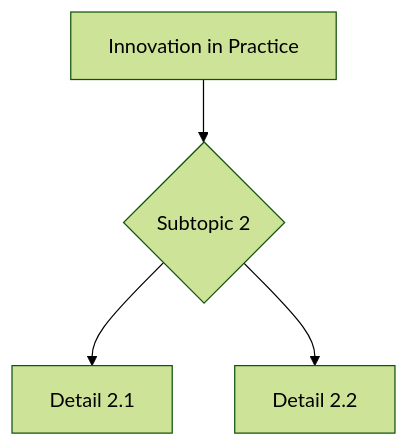
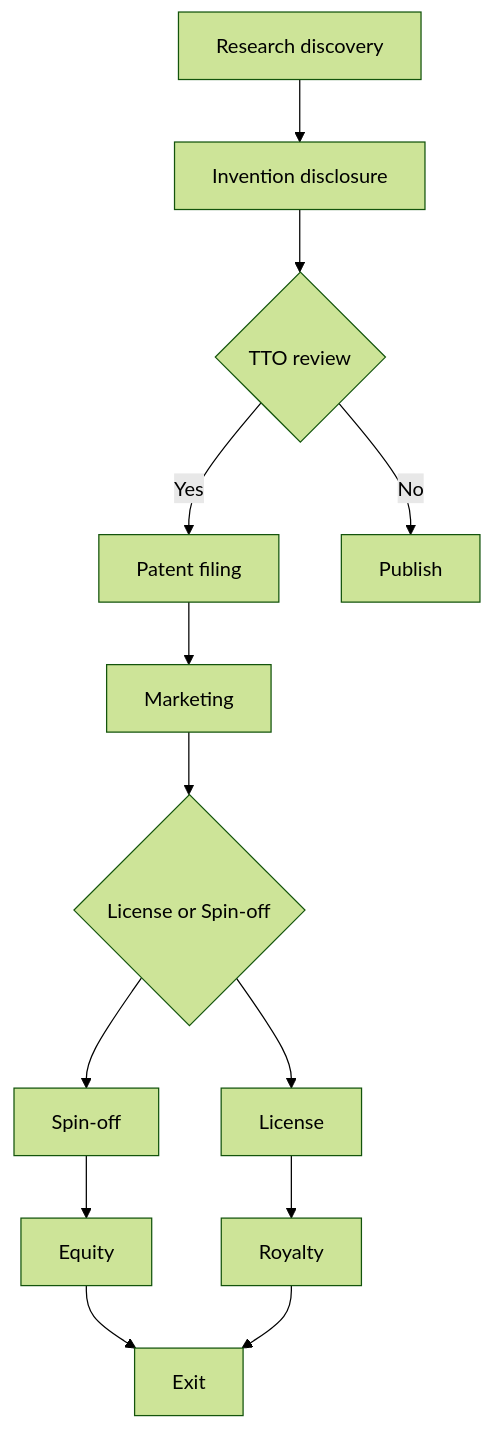
Before and after one commit to yip-lgtm/PhysicsSelfStudy: the seventh of 10 diagrams in 02_MSc_DataDriven_Modeling/core_courses/MSDM_5005/README.md, drawn with Mermaid (forest theme). The commit also changed other lines of this file and 21 other files, not shown here.

````diff
--- a/02_MSc_DataDriven_Modeling/core_courses/MSDM_5005/README.md
+++ b/02_MSc_DataDriven_Modeling/core_courses/MSDM_5005/README.md
@@ -267,6 +602,15 @@
 ```mermaid
 graph TD
-    A[Innovation in Practice] --> B{Subtopic 2}
-    B --> C[Detail 2.1]
-    B --> D[Detail 2.2]
+    A[Research discovery] --> B[Invention disclosure]
+    B --> C{TTO review}
+    C -->|Yes| D[Patent filing]
+    C -->|No| E[Publish]
+    D --> F[Marketing]
+    F --> G{License or Spin-off}
+    G --> H[License]
+    G --> I[Spin-off]
+    H --> J[Royalty]
+    I --> K[Equity]
+    K --> L[Exit]
+    J --> L
 ```
````
